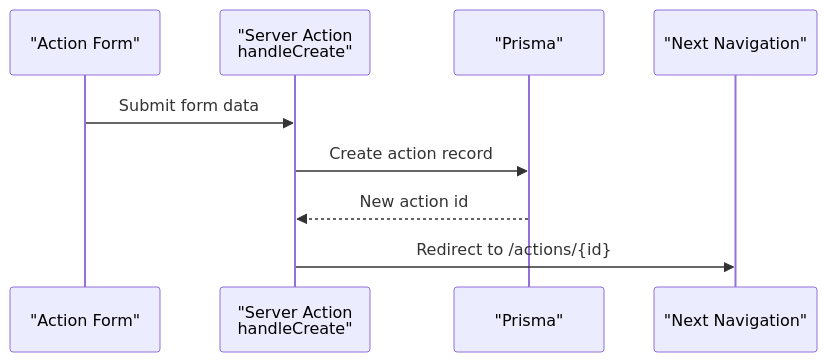
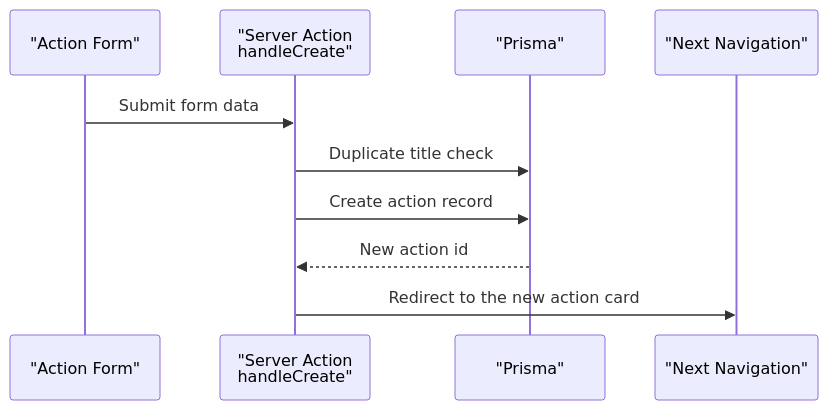
Before and after one commit to Dezzpil/meingym: the fourth of 6 diagrams in .qoder/repowiki/en/content/Architecture Overview/App Pages and Routes.md, drawn with Mermaid. The commit also changed other lines of this file and 12 other files, not shown here.

````diff
--- a/.qoder/repowiki/en/content/Architecture Overview/App Pages and Routes.md
+++ b/.qoder/repowiki/en/content/Architecture Overview/App Pages and Routes.md
@@ -148,11 +243,12 @@
 ```mermaid
 sequenceDiagram
 participant UI as "Action Form"
 participant SA as "Server Action<br/>handleCreate"
 participant DB as "Prisma"
 participant NAV as "Next Navigation"
 UI->>SA : Submit form data
+SA->>DB : Duplicate title check
 SA->>DB : Create action record
 DB-->>SA : New action id
-SA->>NAV : Redirect to /actions/{id}
+SA->>NAV : Redirect to the new action card
 ```
````
